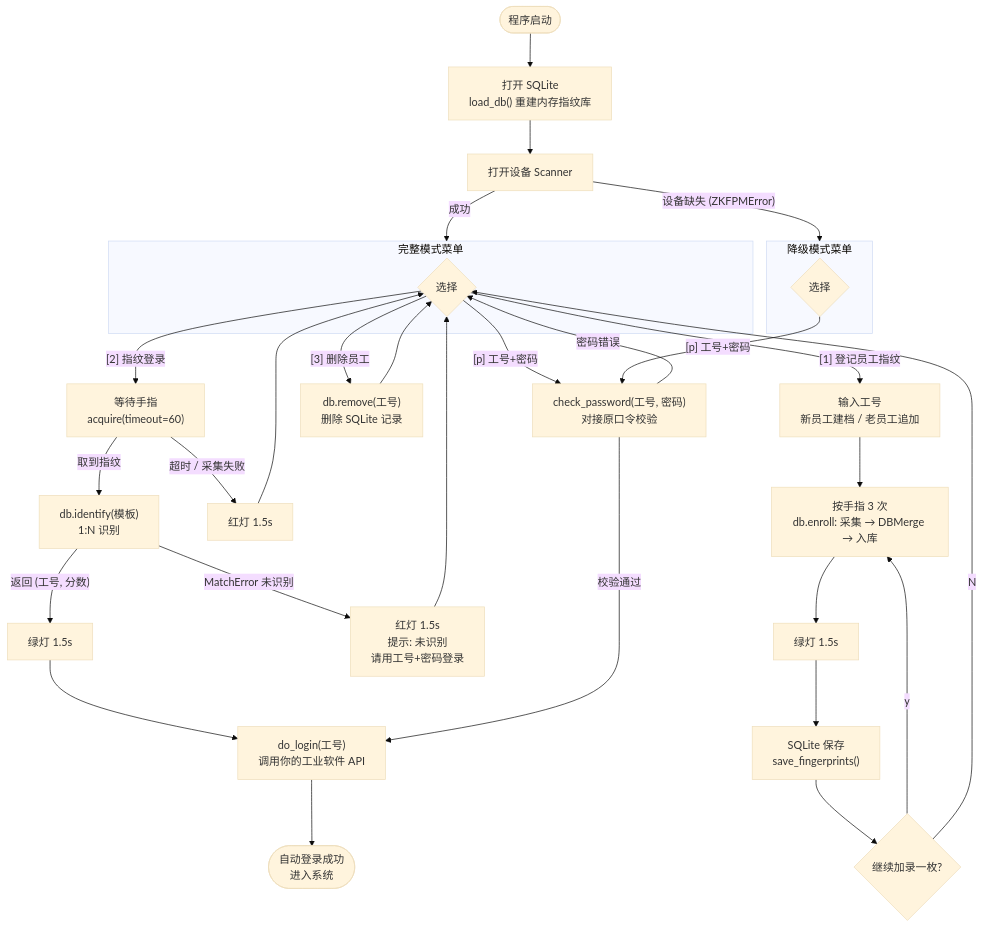
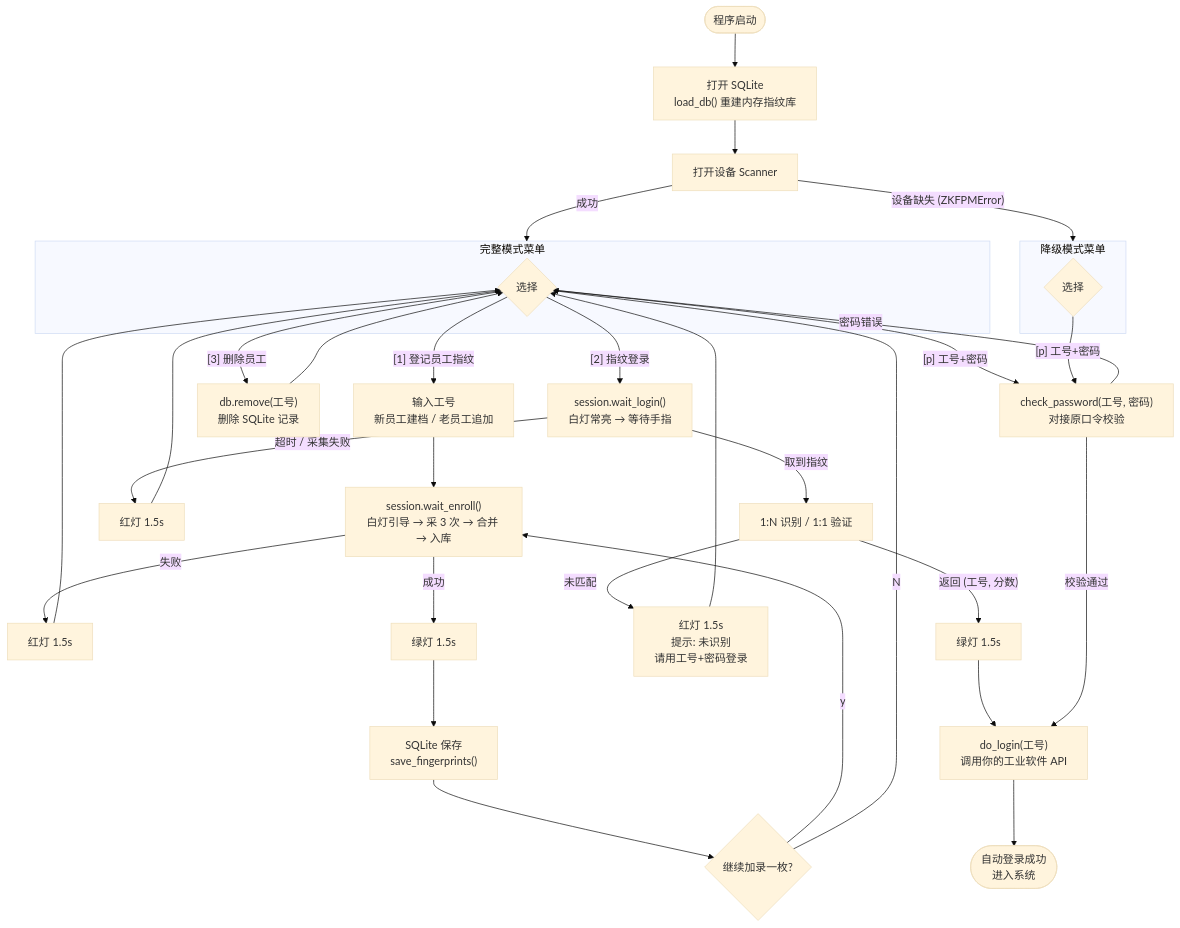
One commit to yunluo/pyzk20r changed the first of 2 diagrams in README.md. Above: the diagram before and after it, drawn with Mermaid (base theme). The commit also changed other lines of this file and 9 other files, not shown here.

````diff
--- a/README.md
+++ b/README.md
@@ -157,35 +200,36 @@
 ```mermaid
 flowchart TD
     A([程序启动]) --> B["打开 SQLite<br/>load_db() 重建内存指纹库"]
     B --> C["打开设备 Scanner"]
     C -->|成功| M1
     C -->|"设备缺失 (ZKFPMError)"| M2
 
     subgraph M1["完整模式菜单"]
         D{"选择"}
     end
     subgraph M2["降级模式菜单"]
         D2{"选择"}
     end
 
     D -->|"[1] 登记员工指纹"| K["输入工号<br/>新员工建档 / 老员工追加"]
-    K --> L["按手指 3 次<br/>db.enroll: 采集 → DBMerge → 入库"]
-    L --> SG["绿灯 1.5s"] --> S["SQLite 保存<br/>save_fingerprints()"]
+    K --> L["session.wait_enroll()<br/>白灯引导 → 采 3 次 → 合并 → 入库"]
+    L -->|"失败"| FR["红灯 1.5s"] --> D
+    L -->|"成功"| SG["绿灯 1.5s"] --> S["SQLite 保存<br/>save_fingerprints()"]
     S --> Q{继续加录一枚?}
     Q -->|y| L
     Q -->|N| D
 
-    D -->|"[2] 指纹登录"| F["等待手指<br/>acquire(timeout=60)"]
-    F -->|"超时 / 采集失败"| FR["红灯 1.5s"] --> D
-    F -->|取到指纹| G["db.identify(模板)<br/>1:N 识别"]
-    G -->|"MatchError 未识别"| H["红灯 1.5s<br/>提示: 未识别<br/>请用工号+密码登录"] --> D
+    D -->|"[2] 指纹登录"| F["session.wait_login()<br/>白灯常亮 → 等待手指"]
+    F -->|"超时 / 采集失败"| FR2["红灯 1.5s"] --> D
+    F -->|取到指纹| G["1:N 识别 / 1:1 验证"]
+    G -->|"未匹配"| H["红灯 1.5s<br/>提示: 未识别<br/>请用工号+密码登录"] --> D
     G -->|"返回 (工号, 分数)"| IG["绿灯 1.5s"] --> I["do_login(工号)<br/>调用你的工业软件 API"]
     I --> OK([自动登录成功<br/>进入系统])
 
     D -->|"[3] 删除员工"| R["db.remove(工号)<br/>删除 SQLite 记录"] --> D
 
     D -->|"[p] 工号+密码"| P["check_password(工号, 密码)<br/>对接原口令校验"]
     D2 -->|"[p] 工号+密码"| P
     P -->|校验通过| I
     P -->|密码错误| D
 ```
````
